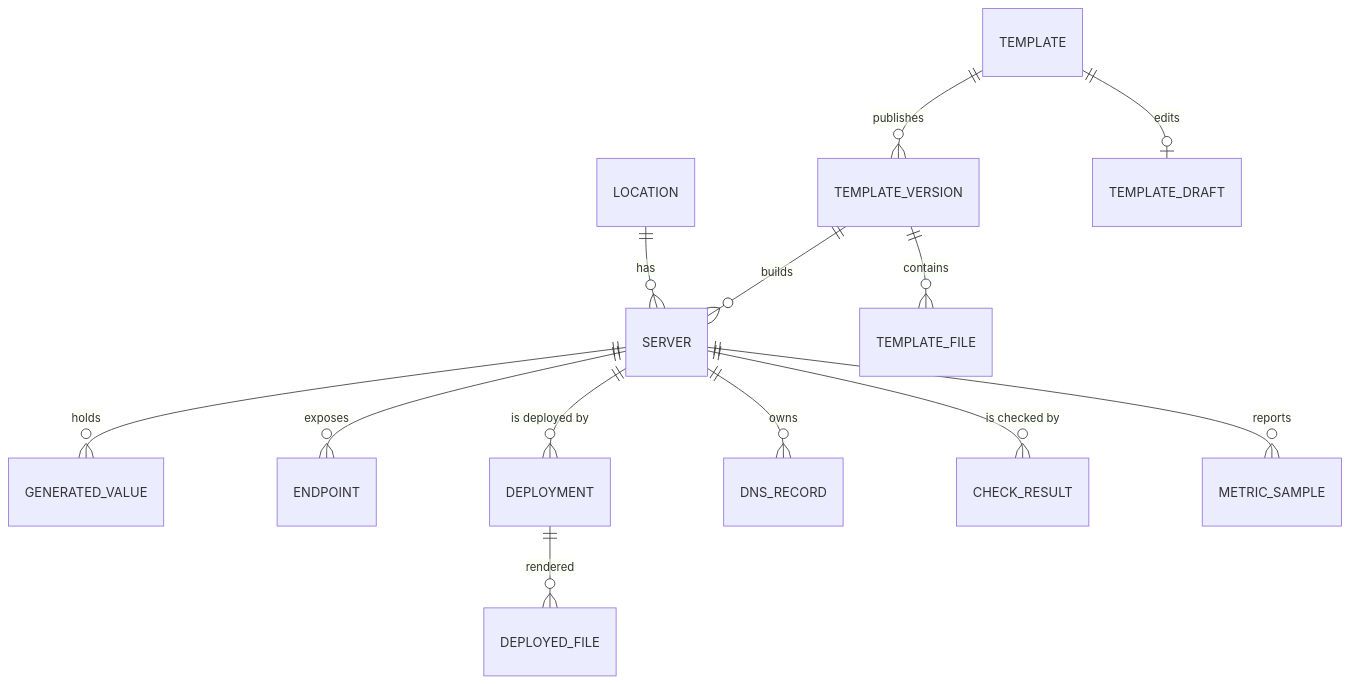
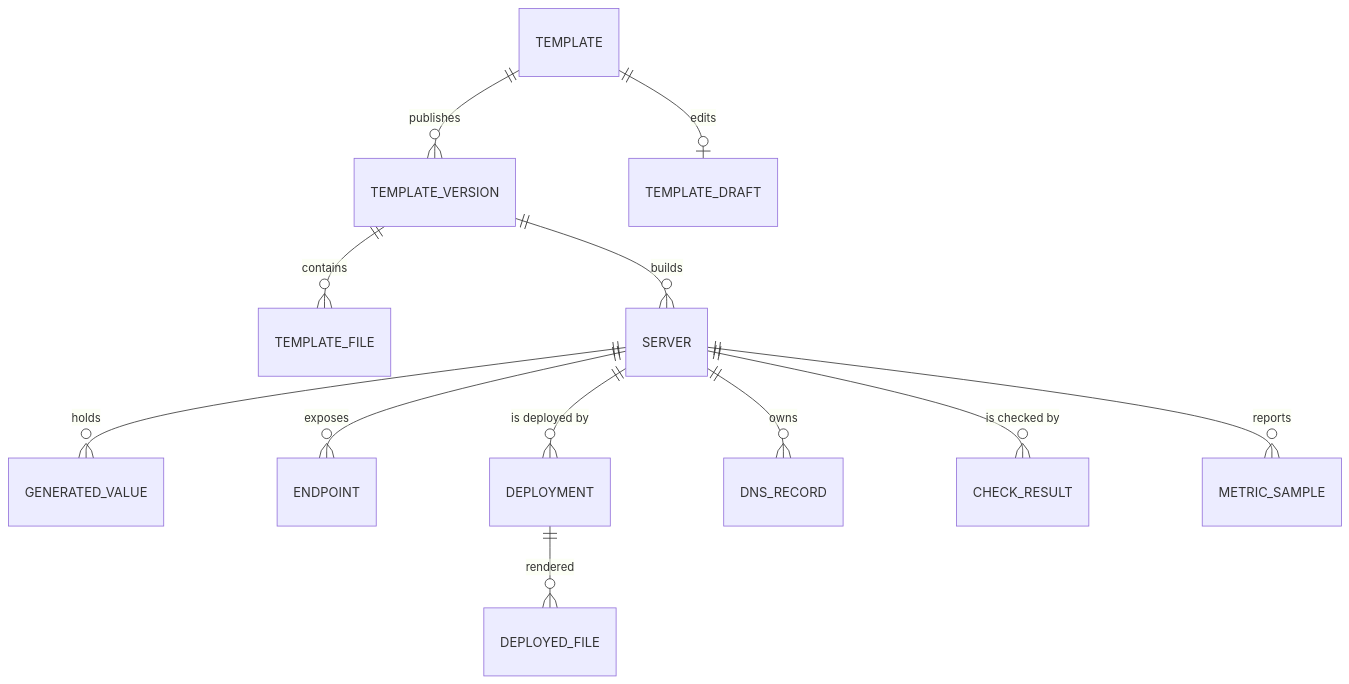
One commit to tikhonp/proxier changed the first of 3 diagrams in docs/data-model.md. Above: the diagram before and after it, drawn with Mermaid. The commit also changed other lines of this file and 68 other files, not shown here.

````diff
--- a/docs/data-model.md
+++ b/docs/data-model.md
@@ -25,15 +25,14 @@
 ```mermaid
 erDiagram
-    LOCATION ||--o{ SERVER : has
     TEMPLATE ||--o{ TEMPLATE_VERSION : publishes
     TEMPLATE ||--o| TEMPLATE_DRAFT : edits
     TEMPLATE_VERSION ||--o{ TEMPLATE_FILE : contains
     TEMPLATE_VERSION ||--o{ SERVER : builds
     SERVER ||--o{ GENERATED_VALUE : holds
     SERVER ||--o{ ENDPOINT : exposes
     SERVER ||--o{ DEPLOYMENT : "is deployed by"
     DEPLOYMENT ||--o{ DEPLOYED_FILE : rendered
     SERVER ||--o{ DNS_RECORD : owns
     SERVER ||--o{ CHECK_RESULT : "is checked by"
     SERVER ||--o{ METRIC_SAMPLE : reports
 ```
````
